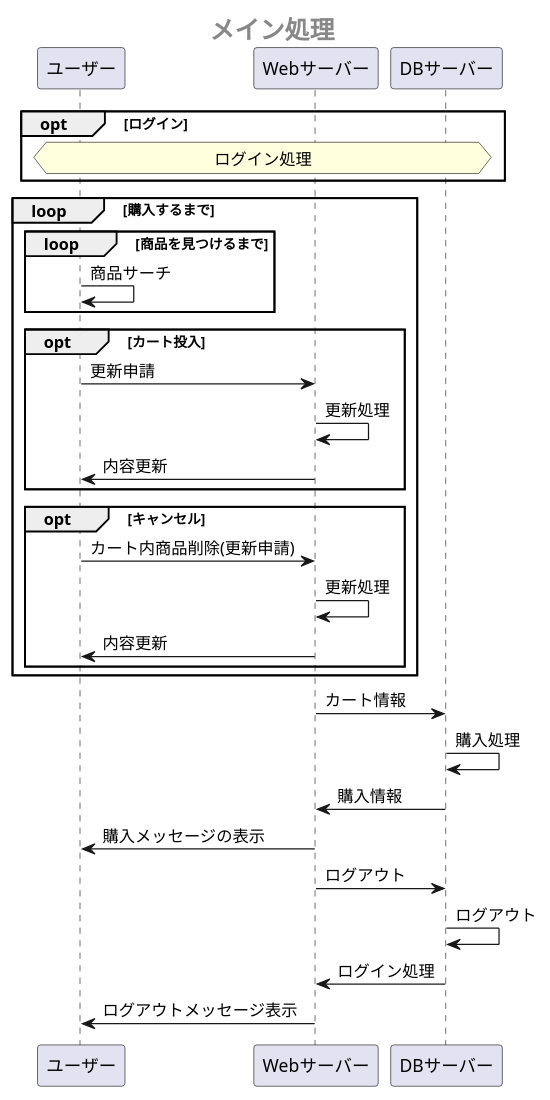
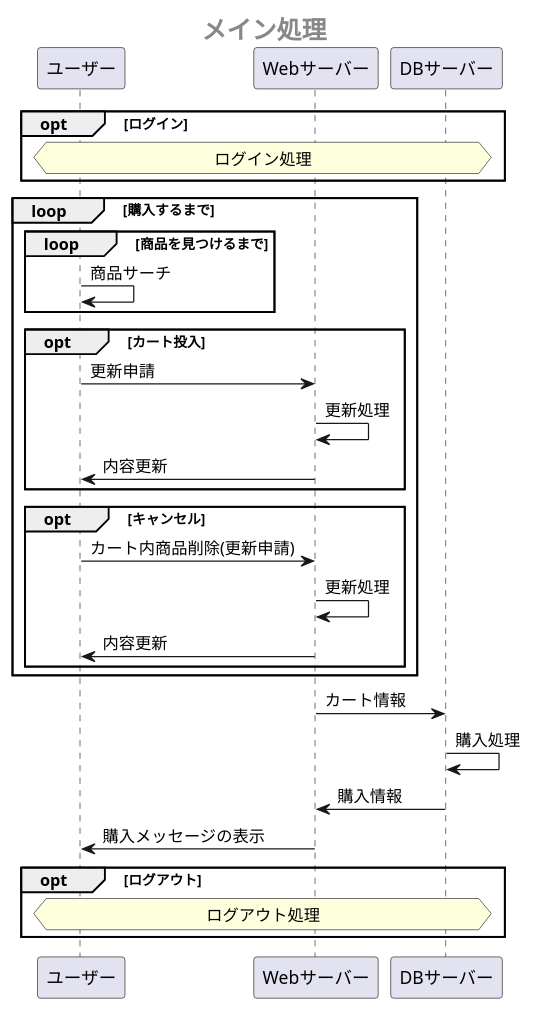
One commit to Aso2001385/2021sys-design changed the first of 2 diagrams in sample/OperationFrow.md. Above: the diagram before and after it, drawn with PlantUML. The commit also changed other lines of this file, not shown here.

````diff
--- a/sample/OperationFrow.md
+++ b/sample/OperationFrow.md
@@ -1,41 +1,40 @@
 ```uml 
 @startuml 
 center header <size:20><b>メイン処理</b></size>
 
 opt ログイン
  hnote across: ログイン処理
 end
 
 loop 購入するまで
  loop 商品を見つけるまで
   ユーザー -> ユーザー:商品サーチ
  end
  
  opt カート投入
   ユーザー -> Webサーバー:更新申請
   Webサーバー -> Webサーバー:更新処理
   Webサーバー ->ユーザー:内容更新
  end
  opt キャンセル
   ユーザー -> Webサーバー:カート内商品削除(更新申請)
   Webサーバー -> Webサーバー:更新処理
   Webサーバー ->ユーザー:内容更新
  end
 
 end
 
 
 Webサーバー -> DBサーバー:カート情報
 DBサーバー -> DBサーバー:購入処理
 DBサーバー -> Webサーバー:購入情報
 Webサーバー ->ユーザー:購入メッセージの表示
 
+opt ログアウト
+ hnote across: ログアウト処理
+end
  
 
-Webサーバー -> DBサーバー:ログアウト
-DBサーバー -> DBサーバー:ログアウト
-DBサーバー -> Webサーバー:ログイン処理
-Webサーバー ->ユーザー:ログアウトメッセージ表示
 
 @enduml
 ```
````
